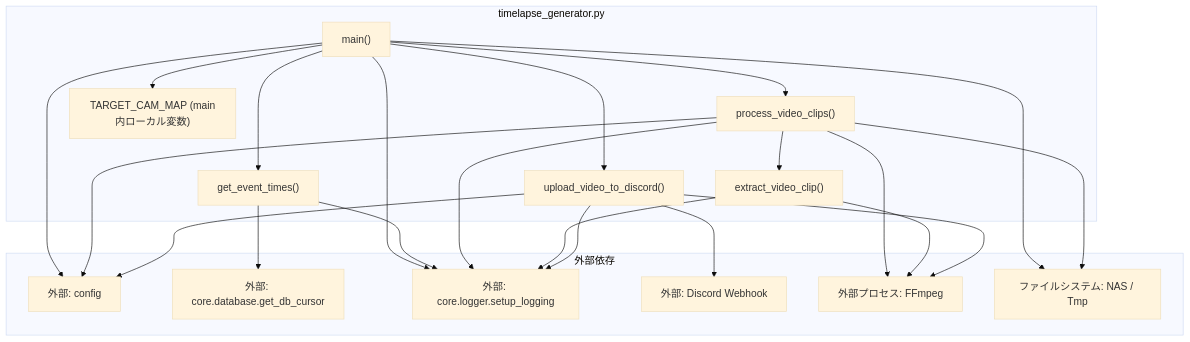
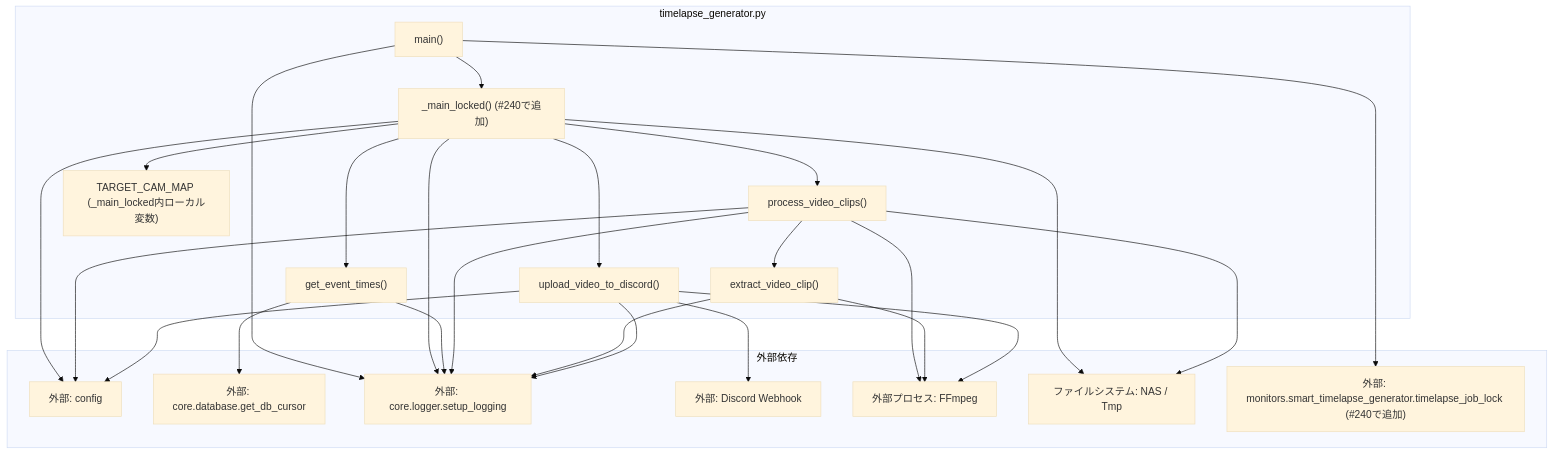
One commit to mmtigers/my_python_project changed the second of 2 diagrams in docs/specifications/MY_HOME_SYSTEM/timelapse_generator.md. Above: the diagram before and after it, drawn with Mermaid (base theme). The commit also changed other lines of this file and 2 other files, not shown here.

First line of the commit message:
fix: レガシーtimelapse_generator.pyに多重起動防止ロックを追加 (#240)

````diff
--- a/docs/specifications/MY_HOME_SYSTEM/timelapse_generator.md
+++ b/docs/specifications/MY_HOME_SYSTEM/timelapse_generator.md
@@ -227,46 +254,51 @@
 ```mermaid
 graph TD
     subgraph timelapse_generator.py
         main["main()"]
+        main_locked["_main_locked() (#240で追加)"]
         get_event_times["get_event_times()"]
         process_video_clips["process_video_clips()"]
         extract_video_clip["extract_video_clip()"]
         upload_video_to_discord["upload_video_to_discord()"]
-        TARGET_CAM_MAP["TARGET_CAM_MAP (main内ローカル変数)"]
+        TARGET_CAM_MAP["TARGET_CAM_MAP (_main_locked内ローカル変数)"]
     end
 
     subgraph 外部依存
         config["外部: config"]
         db["外部: core.database.get_db_cursor"]
         logger["外部: core.logger.setup_logging"]
         DiscordAPI["外部: Discord Webhook"]
         FFmpeg["外部プロセス: FFmpeg"]
         NAS["ファイルシステム: NAS / Tmp"]
+        lock["外部: monitors.smart_timelapse_generator.timelapse_job_lock (#240で追加)"]
     end
 
-    main --> get_event_times
-    main --> process_video_clips
-    main --> upload_video_to_discord
-    main --> config
+    main --> lock
+    main --> main_locked
     main --> logger
-    main --> NAS
-    main --> TARGET_CAM_MAP
+    main_locked --> get_event_times
+    main_locked --> process_video_clips
+    main_locked --> upload_video_to_discord
+    main_locked --> config
+    main_locked --> logger
+    main_locked --> NAS
+    main_locked --> TARGET_CAM_MAP
 
     get_event_times --> db
     get_event_times --> logger
 
     process_video_clips --> extract_video_clip
     process_video_clips --> config
     process_video_clips --> NAS
     process_video_clips --> logger
     process_video_clips --> FFmpeg
 
     extract_video_clip --> FFmpeg
     extract_video_clip --> logger
 
     upload_video_to_discord --> DiscordAPI
     upload_video_to_discord --> config
     upload_video_to_discord --> FFmpeg
     upload_video_to_discord --> logger
 
 ```
````
